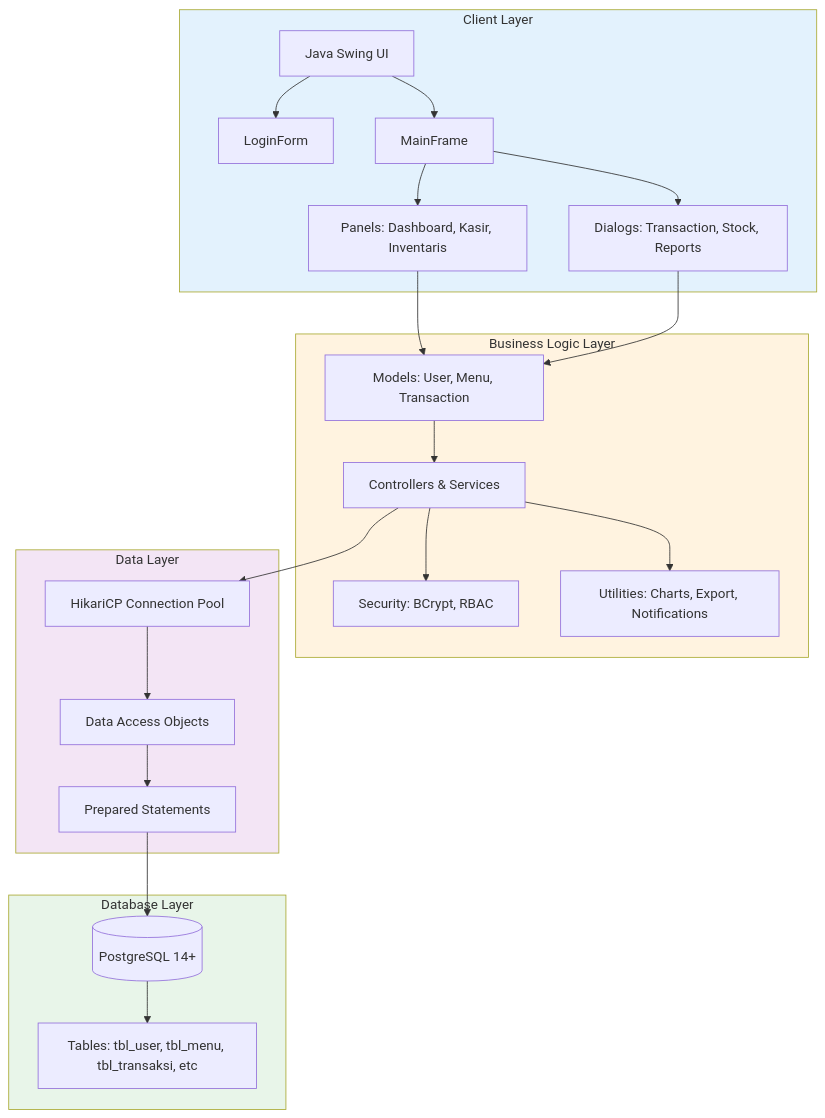
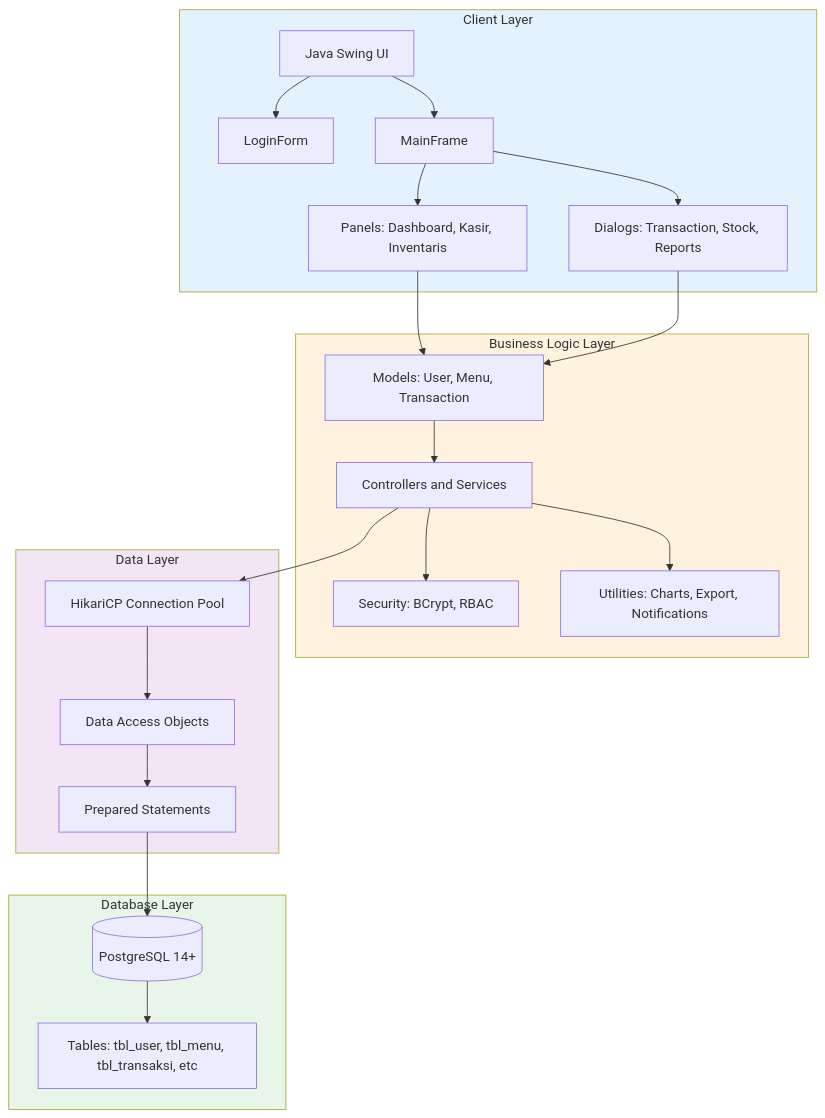
One commit to athfizh/KedaiKopiApp-CakBudibud changed the second of 5 diagrams in README.md. Above: the diagram before and after it, drawn with Mermaid. The commit also changed other lines of this file, not shown here.

````diff
--- a/README.md
+++ b/README.md
@@ -343,50 +343,50 @@
 ```mermaid
 graph TB
     subgraph Client["Client Layer"]
         UI[Java Swing UI]
         Login[LoginForm]
         Main[MainFrame]
         Panels[Panels: Dashboard, Kasir, Inventaris]
         Dialogs[Dialogs: Transaction, Stock, Reports]
     end
 
     subgraph Business["Business Logic Layer"]
         Models[Models: User, Menu, Transaction]
-        Controllers[Controllers & Services]
+        Controllers[Controllers and Services]
         Security[Security: BCrypt, RBAC]
         Utils[Utilities: Charts, Export, Notifications]
     end
 
     subgraph Data["Data Layer"]
         HikariCP[HikariCP Connection Pool]
         DAOs[Data Access Objects]
         PrepStmt[Prepared Statements]
     end
 
     subgraph Database["Database Layer"]
         PostgreSQL[(PostgreSQL 14+)]
         Tables[Tables: tbl_user, tbl_menu, tbl_transaksi, etc]
     end
 
     UI --> Login
     UI --> Main
     Main --> Panels
     Main --> Dialogs
 
     Panels --> Models
     Dialogs --> Models
     Models --> Controllers
     Controllers --> Security
     Controllers --> Utils
 
     Controllers --> HikariCP
     HikariCP --> DAOs
     DAOs --> PrepStmt
     PrepStmt --> PostgreSQL
     PostgreSQL --> Tables
 
     style Client fill:#e3f2fd
     style Business fill:#fff3e0
     style Data fill:#f3e5f5
     style Database fill:#e8f5e9
 ```
````
